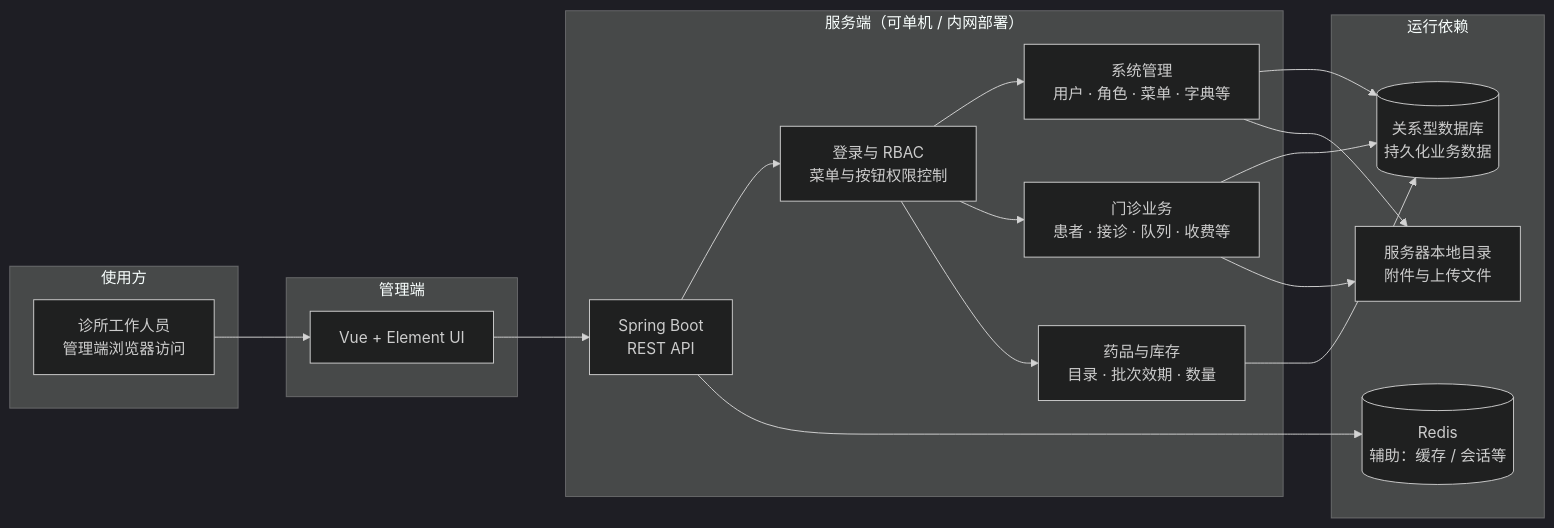
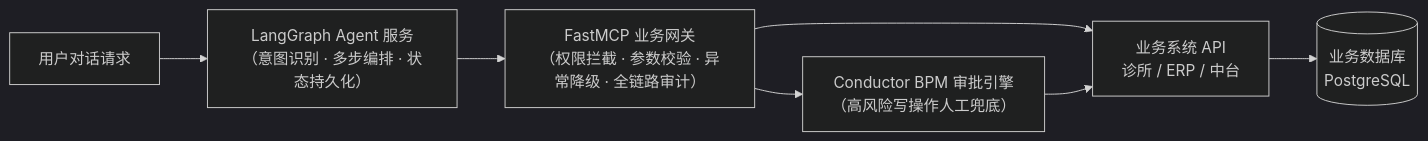
One commit to mutongsun/nautilus-clinic changed the first of 3 diagrams in README.md. Above: the diagram before and after it, drawn with Mermaid (dark theme). The commit also changed other lines of this file and 91 other files, not shown here.

````diff
--- a/README.md
+++ b/README.md
@@ -41,37 +73,9 @@
 ```mermaid
 flowchart LR
-  subgraph Users["使用方"]
-    U[诊所工作人员<br/>管理端浏览器访问]
-  end
-
-  subgraph Client["管理端"]
-    FE[Vue + Element UI]
-  end
-
-  subgraph Server["服务端（可单机 / 内网部署）"]
-    API[Spring Boot<br/>REST API]
-    SEC[登录与 RBAC<br/>菜单与按钮权限控制]
-    SYS[系统管理<br/>用户 · 角色 · 菜单 · 字典等]
-    OP[门诊业务<br/>患者 · 接诊 · 队列 · 收费等]
-    RX[药品与库存<br/>目录 · 批次效期 · 数量]
-  end
-
-  subgraph Infra["运行依赖"]
-    DB[(关系型数据库<br/>持久化业务数据)]
-    RD[(Redis<br/>辅助：缓存 / 会话等)]
-    FS[服务器本地目录<br/>附件与上传文件]
-  end
-
-  U --> FE
-  FE --> API
-  API --> SEC
-  SEC --> SYS
-  SEC --> OP
-  SEC --> RX
-  SYS --> DB
-  OP --> DB
-  RX --> DB
-  API --> RD
-  SYS --> FS
-  OP --> FS
+    U[用户对话请求] --> AG["LangGraph Agent 服务<br/>（意图识别 · 多步编排 · 状态持久化）"]
+    AG --> MCP["FastMCP 业务网关<br/>（权限拦截 · 参数校验 · 异常降级 · 全链路审计）"]
+    MCP --> BPM["Conductor BPM 审批引擎<br/>（高风险写操作人工兜底）"]
+    MCP --> BIZ["业务系统 API<br/>诊所 / ERP / 中台"]
+    BPM --> BIZ
+    BIZ --> DB[(业务数据库<br/>PostgreSQL)]
 ```
````
